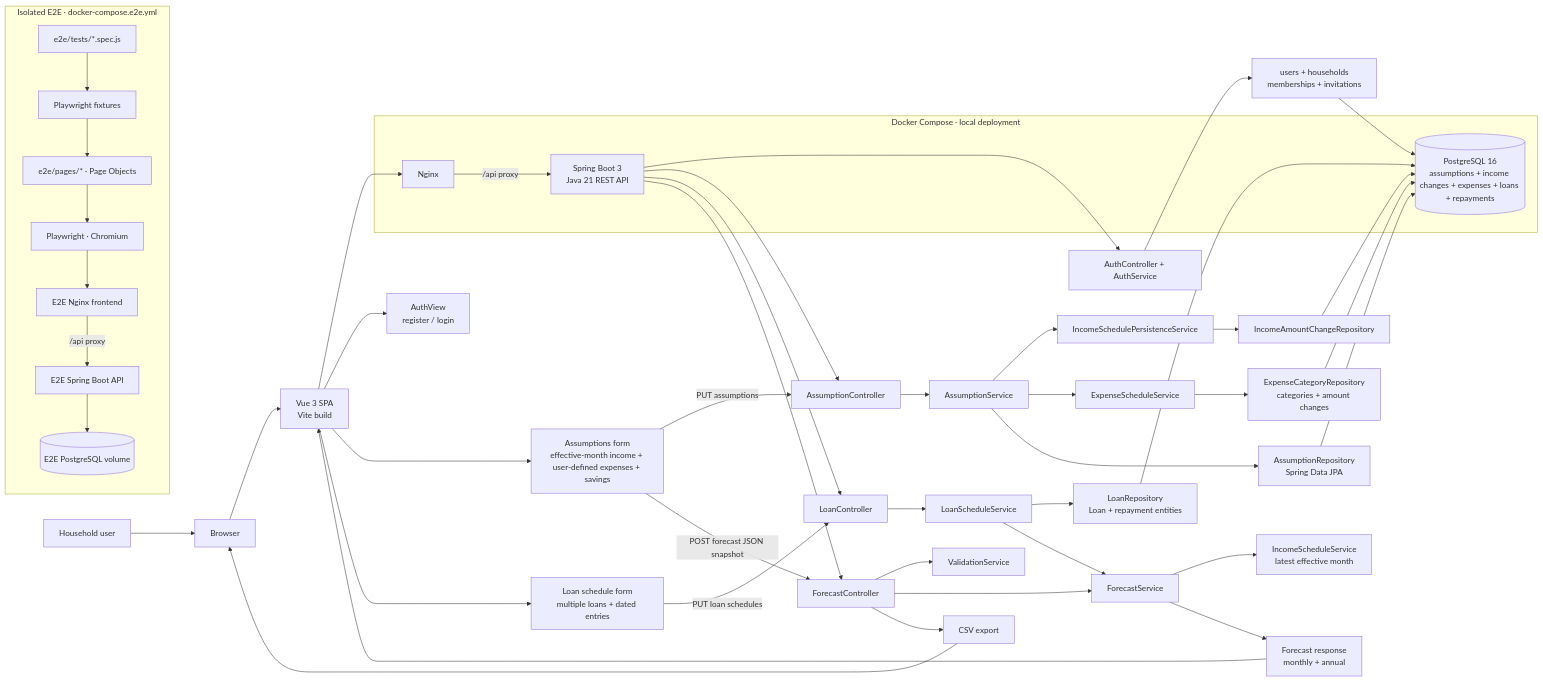
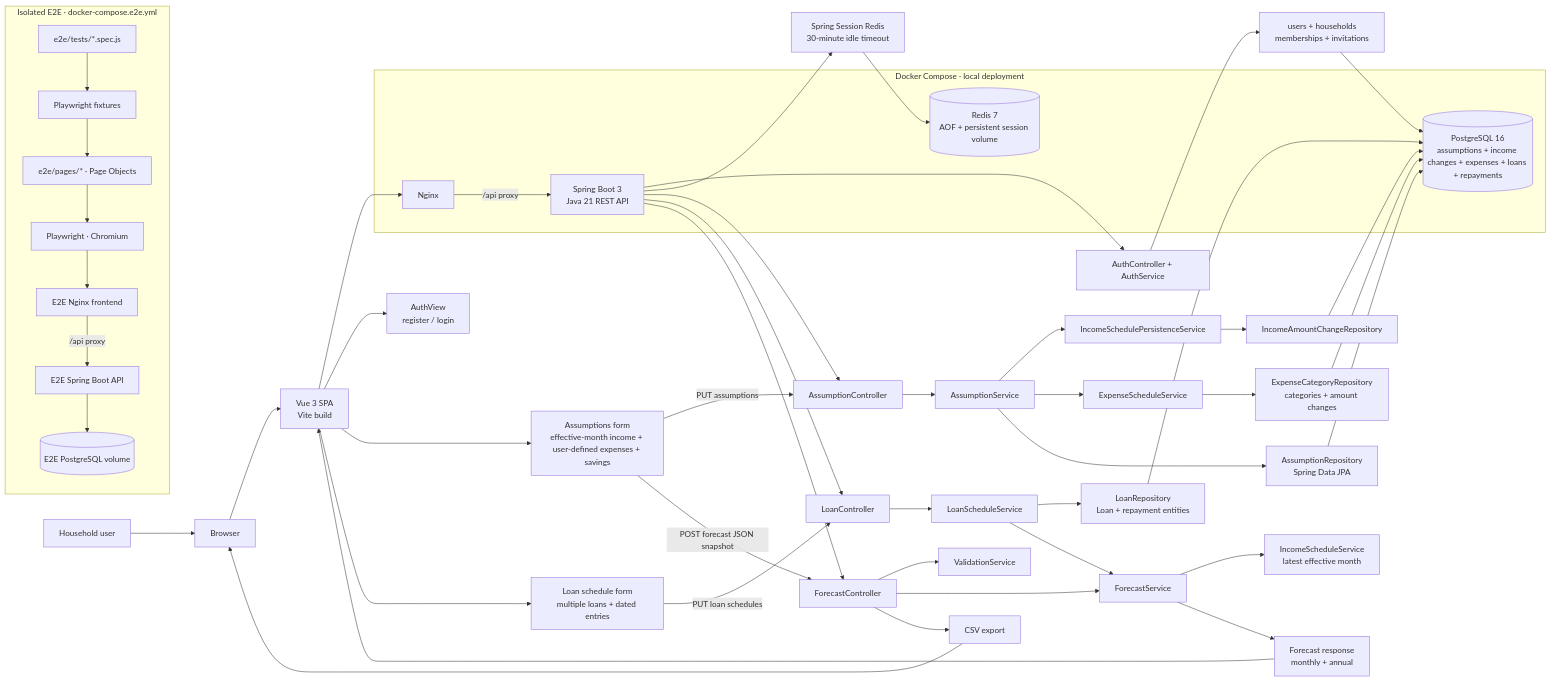
The diagram in docs/diagrams/system-architecture.mmd (samdofreelancer/personal-finance-planner), drawn with Mermaid before and after one commit. The commit also changed 16 other files, not shown here.

```diff
--- a/docs/diagrams/system-architecture.mmd
+++ b/docs/diagrams/system-architecture.mmd
@@ -1,51 +1,54 @@
 flowchart LR
   U["Household user"] --> B["Browser"]
   B --> FE["Vue 3 SPA<br/>Vite build"]
   FE --> N["Nginx"]
   N -->|"/api proxy"| API["Spring Boot 3<br/>Java 21 REST API"]
   FE --> AUTHUI["AuthView<br/>register / login"]
   API --> AUTH["AuthController + AuthService"]
   AUTH --> IDDB["users + households<br/>memberships + invitations"]
+  API --> SESSION["Spring Session Redis<br/>30-minute idle timeout"]
   API --> AC["AssumptionController"]
   API --> LC["LoanController"]
   API --> FC["ForecastController"]
   AC --> AS["AssumptionService"]
   AS --> IS["IncomeSchedulePersistenceService"]
   AS --> ES["ExpenseScheduleService"]
   LC --> LS["LoanScheduleService"]
   FC --> VS["ValidationService"]
   FC --> FS["ForecastService"]
   FS --> IMS["IncomeScheduleService<br/>latest effective month"]
   AS --> REPO["AssumptionRepository<br/>Spring Data JPA"]
   IS --> IREPO["IncomeAmountChangeRepository"]
   ES --> EREPO["ExpenseCategoryRepository<br/>categories + amount changes"]
   LS --> LREPO["LoanRepository<br/>Loan + repayment entities"]
   REPO --> DB[("PostgreSQL 16<br/>assumptions + income changes + expenses + loans + repayments")]
   IDDB --> DB
+  SESSION --> REDIS[("Redis 7<br/>AOF + persistent session volume")]
   IREPO --> DB
   EREPO --> DB
   LREPO --> DB
   LS --> FS
   FS --> OUT["Forecast response<br/>monthly + annual"]
   OUT --> FE
   FC --> CSV["CSV export"]
   CSV --> B
   FE --> FORM["Assumptions form<br/>effective-month income + user-defined expenses + savings"]
   FE --> LFORM["Loan schedule form<br/>multiple loans + dated entries"]
   FORM -->|"PUT assumptions"| AC
   LFORM -->|"PUT loan schedules"| LC
   FORM -->|"POST forecast JSON snapshot"| FC
   subgraph Runtime["Docker Compose · local deployment"]
     N
     API
     DB
+    REDIS
   end
 
   subgraph E2E["Isolated E2E · docker-compose.e2e.yml"]
     SPEC["e2e/tests/*.spec.js"] --> FIXTURE["Playwright fixtures"]
     FIXTURE --> POM["e2e/pages/* · Page Objects"]
     POM --> PW["Playwright · Chromium"]
     PW --> E2EN["E2E Nginx frontend"]
     E2EN -->|"/api proxy"| E2EAPI["E2E Spring Boot API"]
     E2EAPI --> E2EDB[("E2E PostgreSQL volume")]
   end
```
